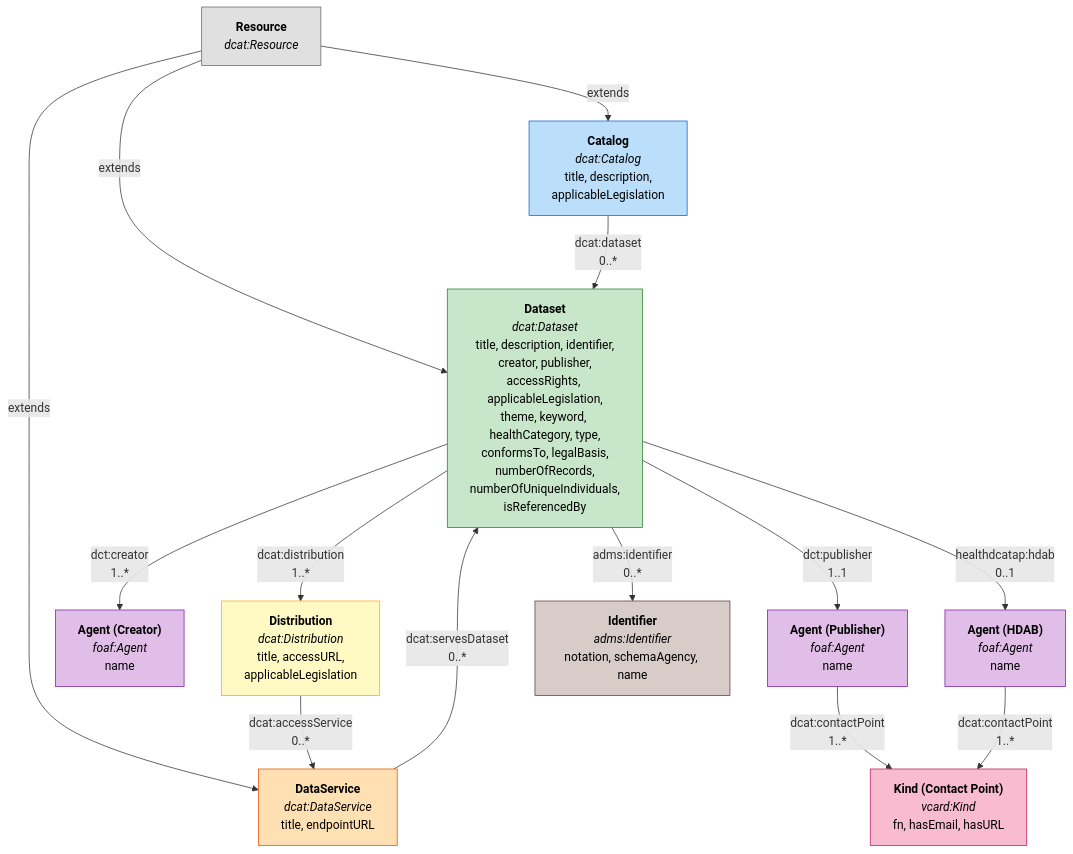
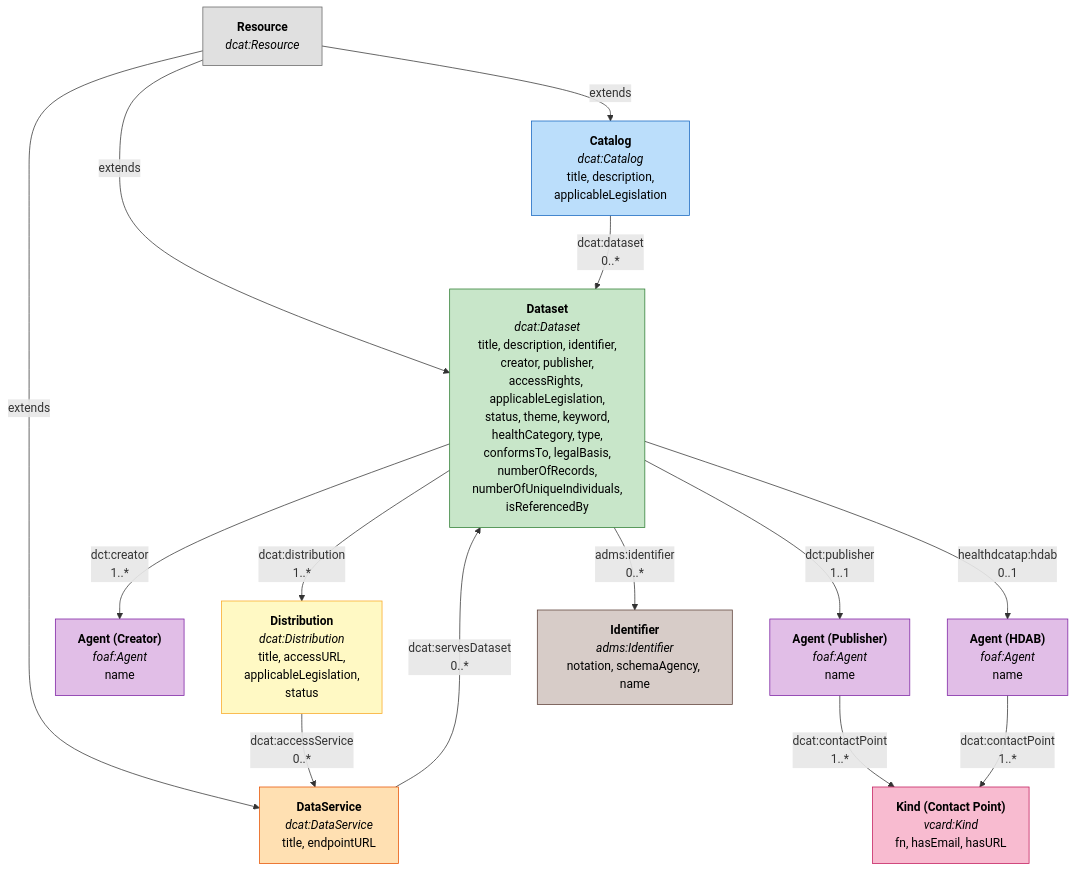
Before and after one commit to GenomicDataInfrastructure/gdi-metadata: the diagram in Documentation/gdi-metadata-overview.md, drawn with Mermaid. The commit also changed other lines of this file and 4 other files, not shown here.

Commit message:
Add adms:status to dataset and distribution metadata

````diff
--- a/Documentation/gdi-metadata-overview.md
+++ b/Documentation/gdi-metadata-overview.md
@@ -11,44 +11,44 @@
 ```mermaid
 graph TD
     Resource["<b>Resource</b><br/><i>dcat:Resource</i>"]
 
     Catalog["<b>Catalog</b><br/><i>dcat:Catalog</i><br/>title, description,<br/>applicableLegislation"]
-    Dataset["<b>Dataset</b><br/><i>dcat:Dataset</i><br/>title, description, identifier,<br/>creator, publisher,<br/>accessRights, applicableLegislation,<br/>theme, keyword, healthCategory, type,<br/>conformsTo, legalBasis,<br/>numberOfRecords,<br/>numberOfUniqueIndividuals,<br/>isReferencedBy"]
+    Dataset["<b>Dataset</b><br/><i>dcat:Dataset</i><br/>title, description, identifier,<br/>creator, publisher,<br/>accessRights, applicableLegislation,<br/>status, theme, keyword,<br/>healthCategory, type,<br/>conformsTo, legalBasis,<br/>numberOfRecords,<br/>numberOfUniqueIndividuals,<br/>isReferencedBy"]
     DataService["<b>DataService</b><br/><i>dcat:DataService</i><br/>title, endpointURL"]
 
-    Distribution["<b>Distribution</b><br/><i>dcat:Distribution</i><br/>title, accessURL,<br/>applicableLegislation"]
+    Distribution["<b>Distribution</b><br/><i>dcat:Distribution</i><br/>title, accessURL,<br/>applicableLegislation,<br/>status"]
 
     AgentCreator["<b>Agent (Creator)</b><br/><i>foaf:Agent</i><br/>name"]
     AgentPublisher["<b>Agent (Publisher)</b><br/><i>foaf:Agent</i><br/>name"]
     AgentHDAB["<b>Agent (HDAB)</b><br/><i>foaf:Agent</i><br/>name"]
     Kind["<b>Kind (Contact Point)</b><br/><i>vcard:Kind</i><br/>fn, hasEmail, hasURL"]
     Identifier["<b>Identifier</b><br/><i>adms:Identifier</i><br/>notation, schemaAgency, name"]
 
     Resource -->|"extends"| Catalog
     Resource -->|"extends"| Dataset
     Resource -->|"extends"| DataService
 
     Catalog -->|"dcat:dataset<br/>0..*"| Dataset
     Dataset -->|"dcat:distribution<br/>1..*"| Distribution
     Dataset -->|"dct:creator<br/>1..*"| AgentCreator
     Dataset -->|"dct:publisher<br/>1..1"| AgentPublisher
     Dataset -->|"healthdcatap:hdab<br/>0..1"| AgentHDAB
     Dataset -->|"adms:identifier<br/>0..*"| Identifier
 
     Distribution -->|"dcat:accessService<br/>0..*"| DataService
     DataService -->|"dcat:servesDataset<br/>0..*"| Dataset
 
     AgentPublisher -->|"dcat:contactPoint<br/>1..*"| Kind
     AgentHDAB -->|"dcat:contactPoint<br/>1..*"| Kind
 
     style Resource fill:#e0e0e0,stroke:#666,color:#000
     style Catalog fill:#bbdefb,stroke:#1565c0,color:#000
     style Dataset fill:#c8e6c9,stroke:#2e7d32,color:#000
     style Distribution fill:#fff9c4,stroke:#f9a825,color:#000
     style DataService fill:#ffe0b2,stroke:#e65100,color:#000
     style AgentCreator fill:#e1bee7,stroke:#7b1fa2,color:#000
     style AgentPublisher fill:#e1bee7,stroke:#7b1fa2,color:#000
     style AgentHDAB fill:#e1bee7,stroke:#7b1fa2,color:#000
     style Kind fill:#f8bbd0,stroke:#c2185b,color:#000
     style Identifier fill:#d7ccc8,stroke:#5d4037,color:#000
 ```
````
